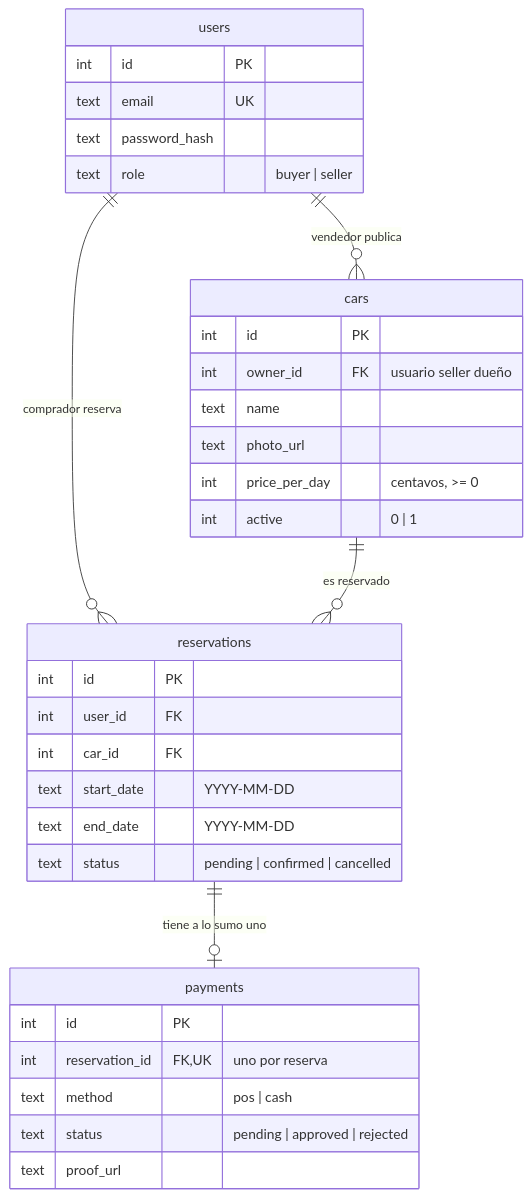
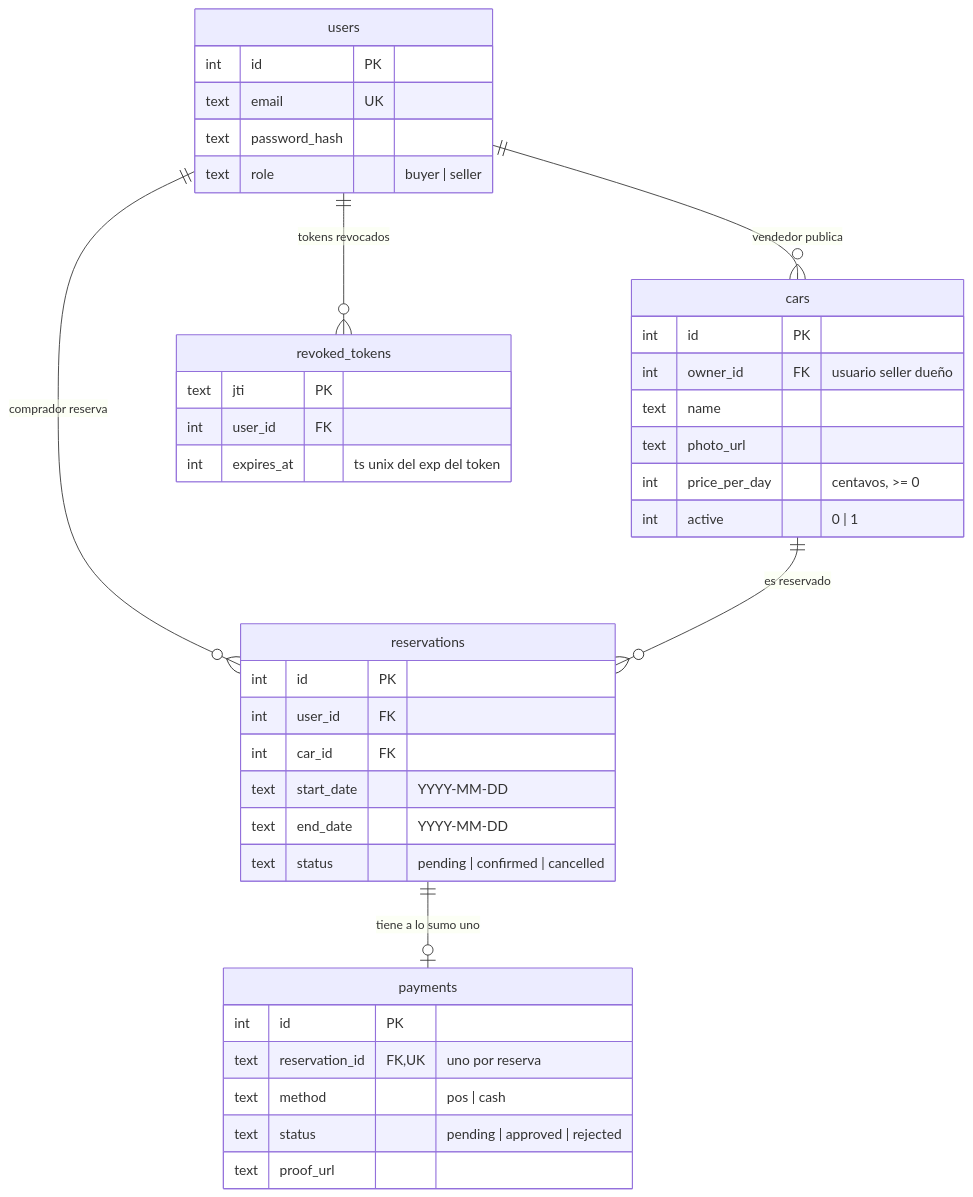
Before and after one commit to pinolrent/pinolrent-api: the first of 2 diagrams in docs/arquitectura.md, drawn with Mermaid. The commit also changed other lines of this file and 10 other files, not shown here.

First line of the commit message:
feat: per-token revocation via jti and POST /auth/logout

````diff
--- a/docs/arquitectura.md
+++ b/docs/arquitectura.md
@@ -39,37 +39,43 @@
 ```mermaid
 erDiagram
     users {
         int id PK
         text email UK
         text password_hash
         text role "buyer | seller"
     }
     cars {
         int id PK
         int owner_id FK "usuario seller dueño"
         text name
         text photo_url
         int price_per_day "centavos, >= 0"
         int active "0 | 1"
     }
     reservations {
         int id PK
         int user_id FK
         int car_id FK
         text start_date "YYYY-MM-DD"
         text end_date "YYYY-MM-DD"
         text status "pending | confirmed | cancelled"
     }
     payments {
         int id PK
-        int reservation_id FK, UK "uno por reserva"
+        text reservation_id FK, UK "uno por reserva"
         text method "pos | cash"
         text status "pending | approved | rejected"
         text proof_url
+    }
+    revoked_tokens {
+        text jti PK
+        int user_id FK
+        int expires_at "ts unix del exp del token"
     }
 
     users ||--o{ reservations : "comprador reserva"
     users ||--o{ cars : "vendedor publica"
     cars ||--o{ reservations : "es reservado"
     reservations ||--o| payments : "tiene a lo sumo uno"
+    users ||--o{ revoked_tokens : "tokens revocados"
 ```
````
